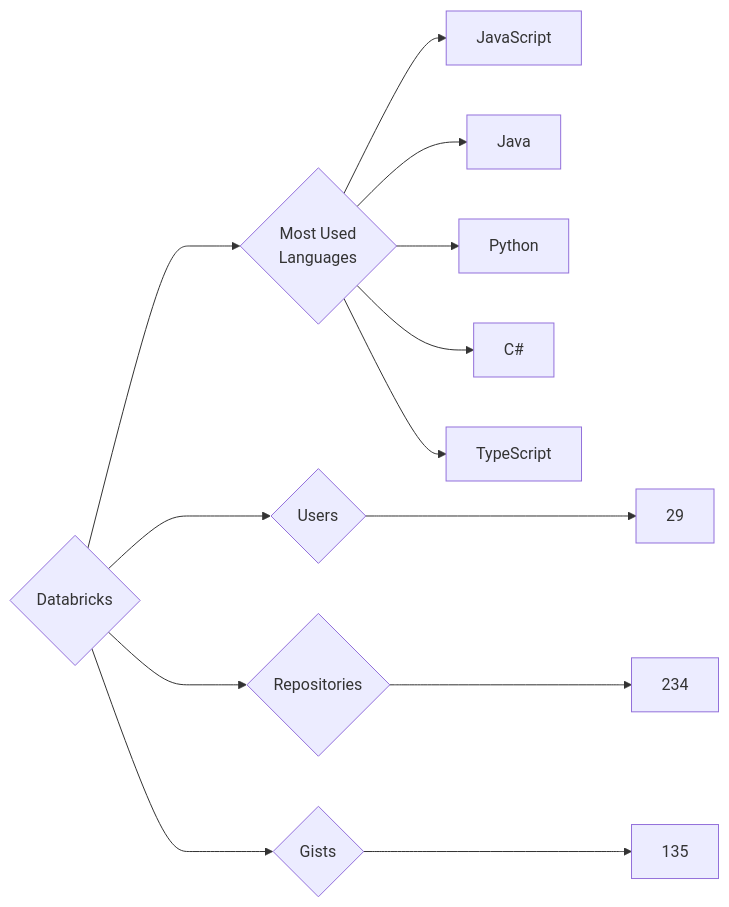
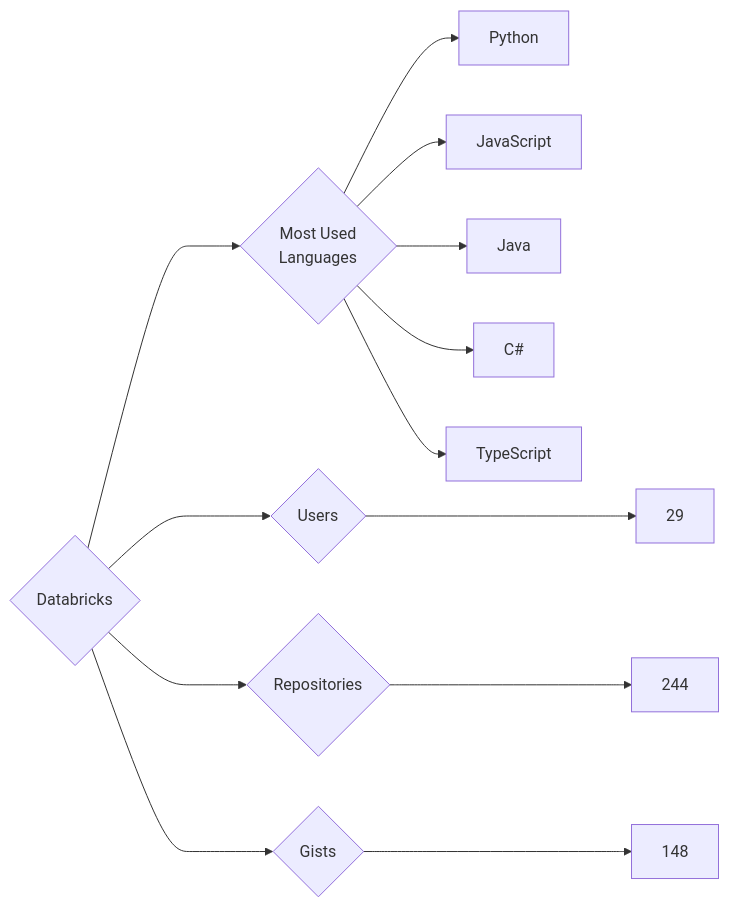
One commit to trickest/insiders changed the diagram in targets/Databricks/README.md. Above: the diagram before and after it, drawn with Mermaid. The commit also changed 715 other files, not shown here.

````diff
--- a/targets/Databricks/README.md
+++ b/targets/Databricks/README.md
@@ -3,13 +3,13 @@
 ```mermaid
 graph LR
 COMPANY_NAME{Databricks}
 COMPANY_NAME ---> U{Users} ---> UN[29]
-COMPANY_NAME ---> R{Repositories} ---> RN[234]
-COMPANY_NAME ---> G{Gists} ---> GN[135]
+COMPANY_NAME ---> R{Repositories} ---> RN[244]
+COMPANY_NAME ---> G{Gists} ---> GN[148]
 COMPANY_NAME ---> ML{Most Used<br>Languages}
+ML --> Python[Python]
 ML --> JavaScript[JavaScript]
 ML --> Java[Java]
-ML --> Python[Python]
 ML --> C#[C#]
 ML --> TypeScript[TypeScript]
 ```
````
